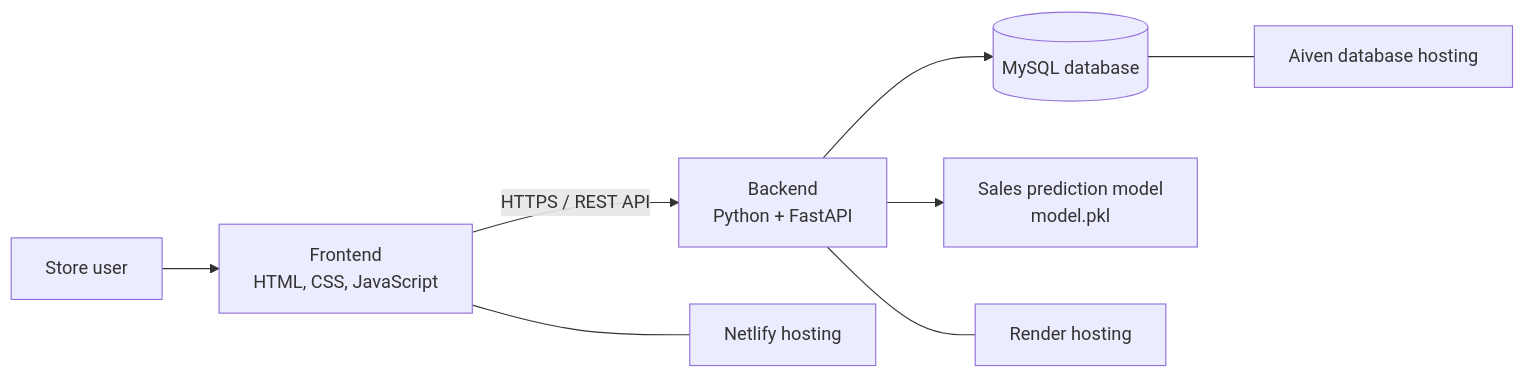
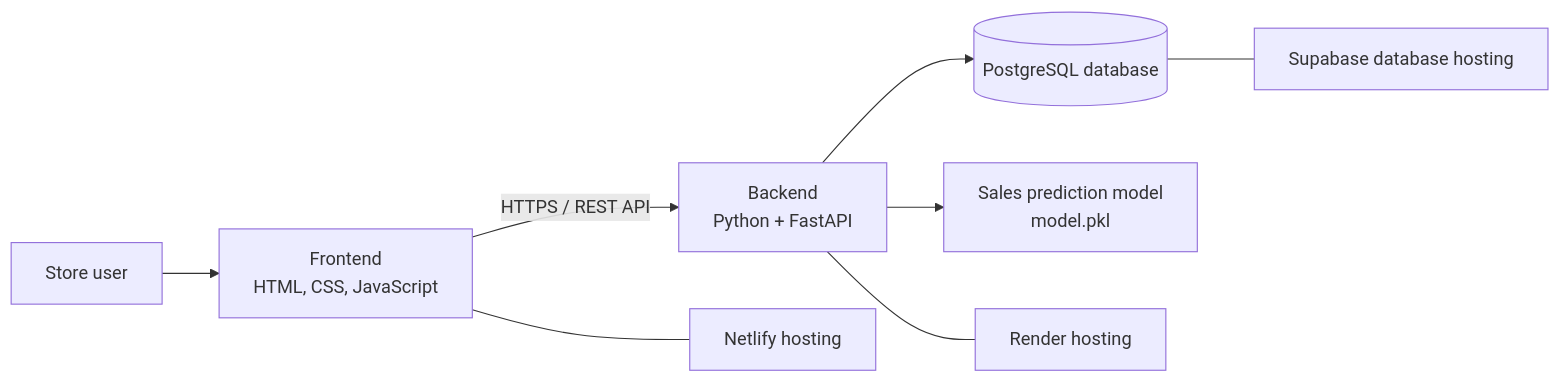
The diagram in README.md (Anshuman-Singh-8578/Store-Management-App), drawn with Mermaid before and after one commit. The commit also changed other lines of this file, not shown here.

Commit message:
updated the database services

````diff
--- a/README.md
+++ b/README.md
@@ -98,10 +98,10 @@
 ```mermaid
 flowchart LR
     U[Store user] --> F[Frontend<br/>HTML, CSS, JavaScript]
     F -->|HTTPS / REST API| B[Backend<br/>Python + FastAPI]
-    B --> D[(MySQL database)]
+    B --> D[(PostgreSQL database)]
     B --> M[Sales prediction model<br/>model.pkl]
     F --- N[Netlify hosting]
     B --- R[Render hosting]
-    D --- A[Aiven database hosting]
+    D --- A[Supabase database hosting]
 ```
````
